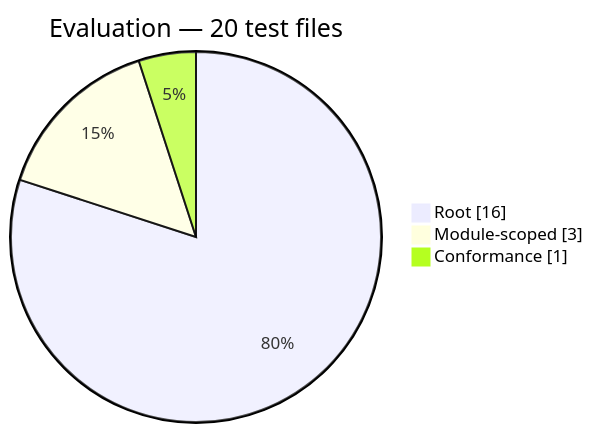
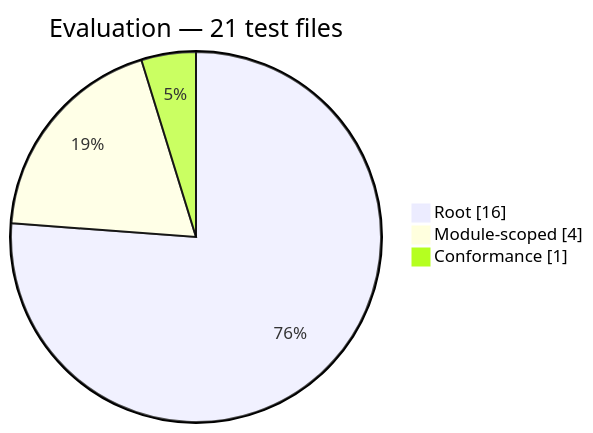
One commit to PHP-Arazzo/php-arazzo changed the third of 13 diagrams in docs/generated/test-composition.md. Above: the diagram before and after it, drawn with Mermaid. The commit also changed other lines of this file and 27 other files, not shown here.

````diff
--- a/docs/generated/test-composition.md
+++ b/docs/generated/test-composition.md
@@ -46,7 +46,7 @@
 ```mermaid
 pie showData
-    title Evaluation — 20 test files
+    title Evaluation — 21 test files
     "Root": 16
-    "Module-scoped": 3
+    "Module-scoped": 4
     "Conformance": 1
 ```
````
